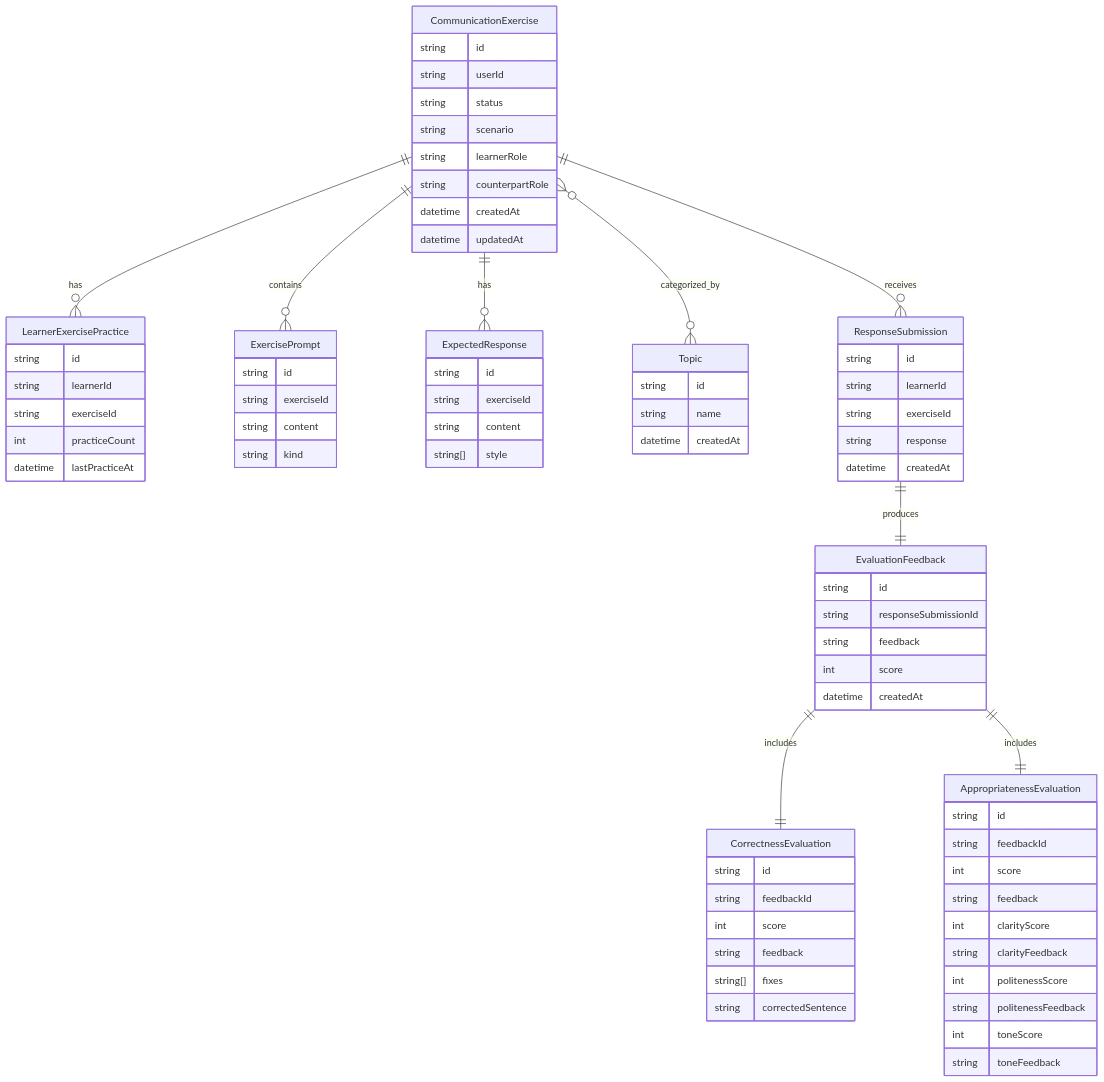
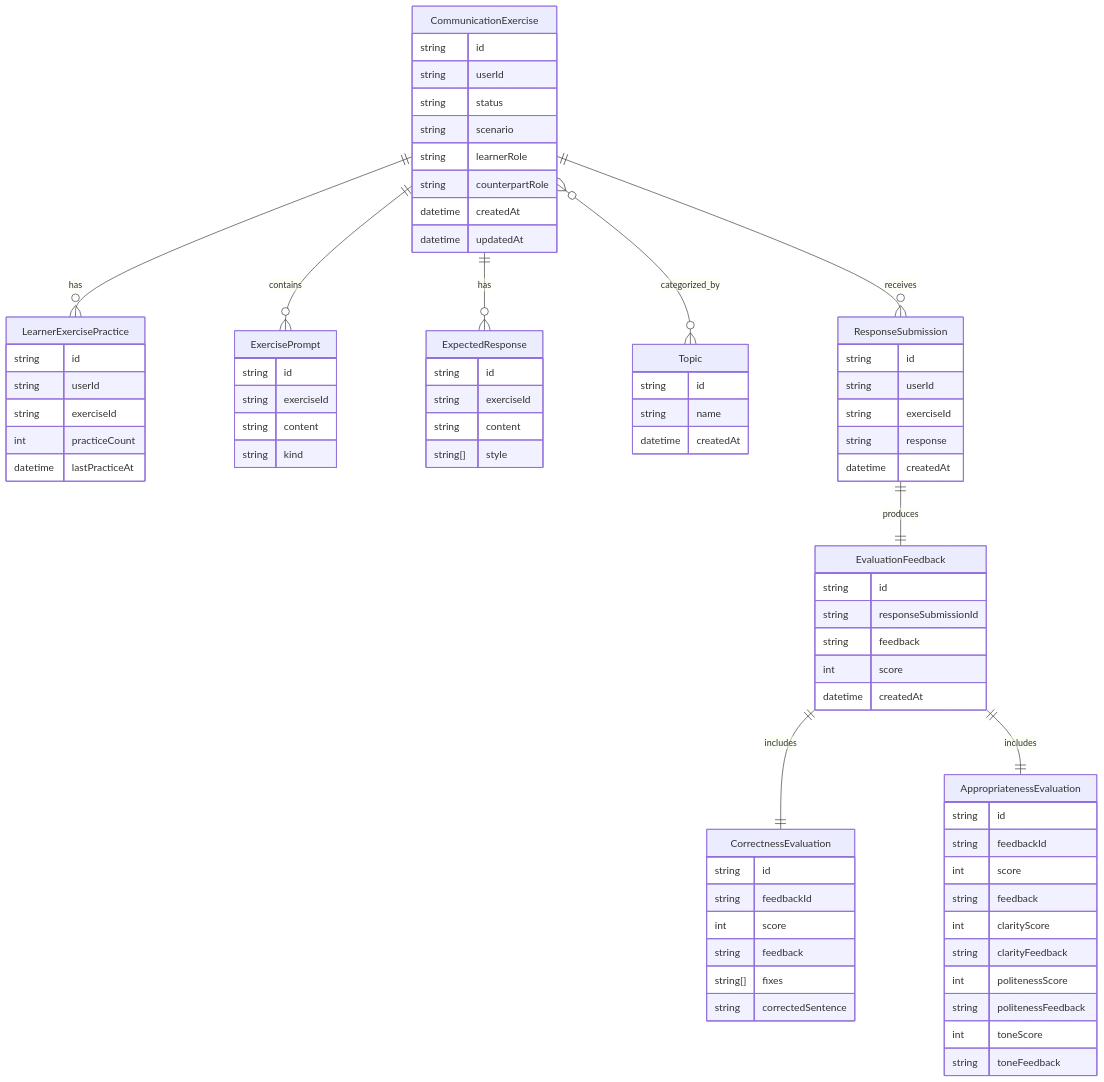
The diagram in docs/design/data/communication.md (lamhq/fluento), drawn with Mermaid before and after one commit. The commit also changed other lines of this file and 35 other files, not shown here.

```diff
--- a/docs/design/data/communication.md
+++ b/docs/design/data/communication.md
@@ -53,7 +53,7 @@
 
     LearnerExercisePractice {
         string id
-        string learnerId
+        string userId
         string exerciseId
         int practiceCount
         datetime lastPracticeAt
@@ -61,7 +61,7 @@
 
     ResponseSubmission {
         string id
-        string learnerId
+        string userId
         string exerciseId
         string response
         datetime createdAt
```
